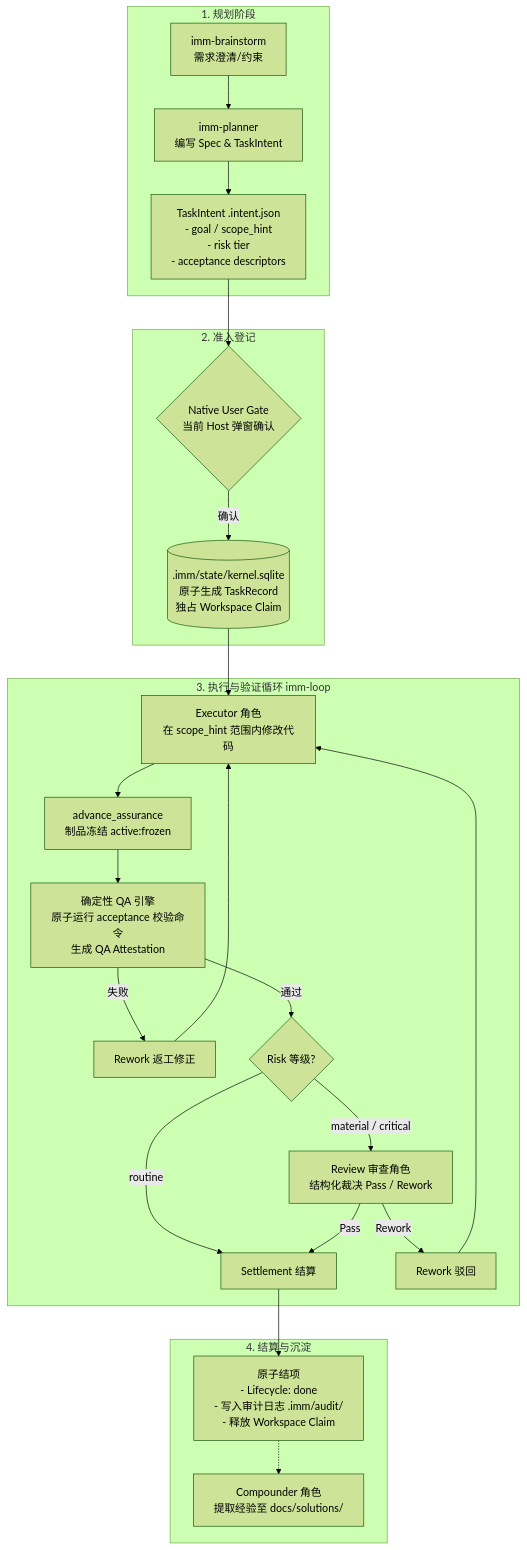
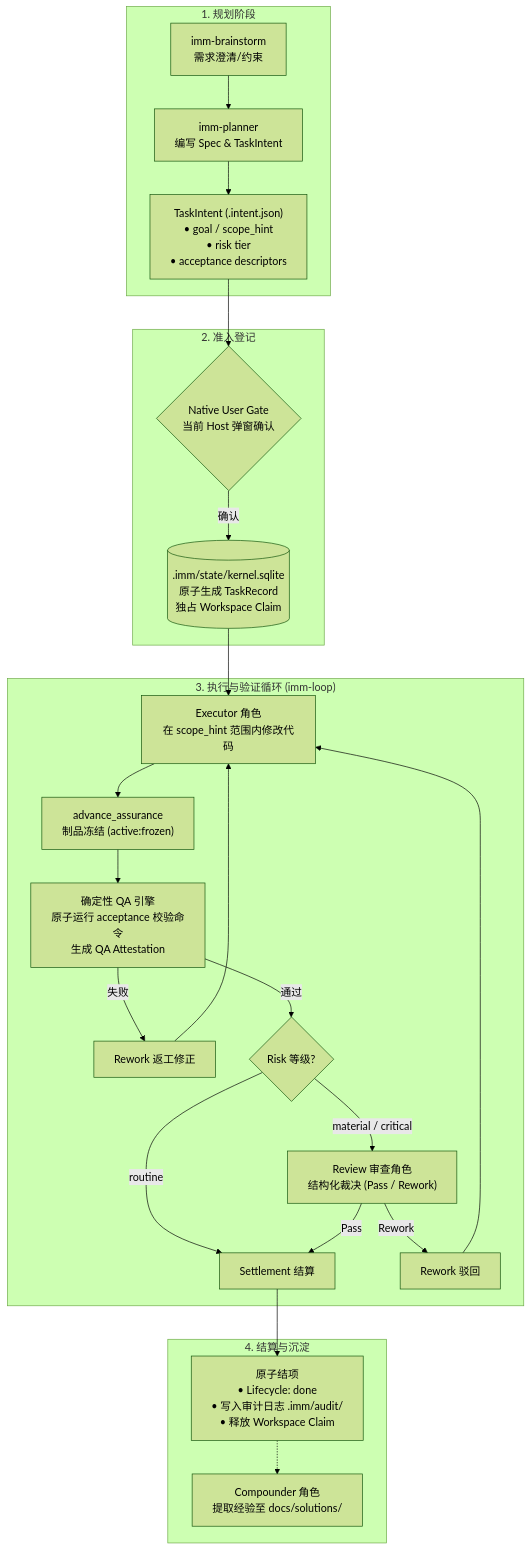
The diagram in README.zh-CN.md (dereknex/immune-brain), drawn with Mermaid (forest theme) before and after one commit. The commit also changed 1 other file, not shown here.

Commit message:
docs: fix mermaid subgraph syntax in lifecycle diagrams

````diff
--- a/README.zh-CN.md
+++ b/README.zh-CN.md
@@ -201,34 +201,34 @@
 ```mermaid
 flowchart TD
-    subgraph 1_Planning [1. 规划阶段]
-        B[imm-brainstorm<br/>需求澄清/约束] --> P[imm-planner<br/>编写 Spec & TaskIntent]
-        P --> TI[TaskIntent .intent.json<br/>- goal / scope_hint<br/>- risk tier<br/>- acceptance descriptors]
+    subgraph Planning ["1. 规划阶段"]
+        B["imm-brainstorm<br/>需求澄清/约束"] --> P["imm-planner<br/>编写 Spec & TaskIntent"]
+        P --> TI["TaskIntent (.intent.json)<br/>• goal / scope_hint<br/>• risk tier<br/>• acceptance descriptors"]
     end
 
-    subgraph 2_Enrollment [2. 准入登记]
-        TI --> EG{Native User Gate<br/>当前 Host 弹窗确认}
-        EG -->|确认| KS[(.imm/state/kernel.sqlite<br/>原子生成 TaskRecord<br/>独占 Workspace Claim)]
+    subgraph Enrollment ["2. 准入登记"]
+        TI --> EG{"Native User Gate<br/>当前 Host 弹窗确认"}
+        EG -->|确认| KS[(".imm/state/kernel.sqlite<br/>原子生成 TaskRecord<br/>独占 Workspace Claim")]
     end
 
-    subgraph 3_Loop [3. 执行与验证循环 imm-loop]
-        KS --> EX[Executor 角色<br/>在 scope_hint 范围内修改代码]
-        EX --> FRZ[advance_assurance<br/>制品冻结 active:frozen]
-        FRZ --> QA[确定性 QA 引擎<br/>原子运行 acceptance 校验命令<br/>生成 QA Attestation]
+    subgraph Loop ["3. 执行与验证循环 (imm-loop)"]
+        KS --> EX["Executor 角色<br/>在 scope_hint 范围内修改代码"]
+        EX --> FRZ["advance_assurance<br/>制品冻结 (active:frozen)"]
+        FRZ --> QA["确定性 QA 引擎<br/>原子运行 acceptance 校验命令<br/>生成 QA Attestation"]
         
-        QA -->|失败| RW1[Rework 返工修正]
+        QA -->|失败| RW1["Rework 返工修正"]
         RW1 --> EX
         
-        QA -->|通过| RK{Risk 等级?}
-        RK -->|routine| ST[Settlement 结算]
-        RK -->|material / critical| RV[Review 审查角色<br/>结构化裁决 Pass / Rework]
+        QA -->|通过| RK{"Risk 等级?"}
+        RK -->|routine| ST["Settlement 结算"]
+        RK -->|material / critical| RV["Review 审查角色<br/>结构化裁决 (Pass / Rework)"]
         
-        RV -->|Rework| RW2[Rework 驳回]
+        RV -->|Rework| RW2["Rework 驳回"]
         RW2 --> EX
         RV -->|Pass| ST
     end
 
-    subgraph 4_Settlement [4. 结算与沉淀]
-        ST --> CLS[原子结项<br/>- Lifecycle: done<br/>- 写入审计日志 .imm/audit/<br/>- 释放 Workspace Claim]
-        CLS -.-> CP[Compounder 角色<br/>提取经验至 docs/solutions/]
+    subgraph Settlement ["4. 结算与沉淀"]
+        ST --> CLS["原子结项<br/>• Lifecycle: done<br/>• 写入审计日志 .imm/audit/<br/>• 释放 Workspace Claim"]
+        CLS -.-> CP["Compounder 角色<br/>提取经验至 docs/solutions/"]
     end
 ```
````
